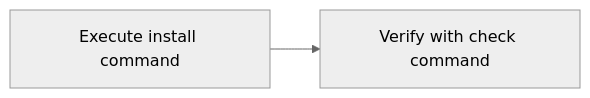
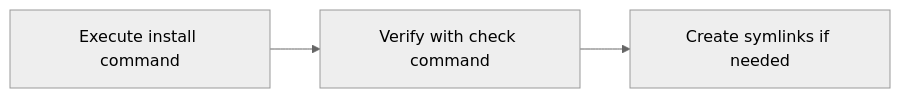
The fourth of 4 diagrams in docs/architecture.md (terassyi/tomei), drawn with Mermaid (neutral theme) before and after one commit. The commit also changed other lines of this file and 3 other files, not shown here.

````diff
--- a/docs/architecture.md
+++ b/docs/architecture.md
@@ -233,4 +233,4 @@
 ```mermaid
 flowchart LR
-    A[Execute install command] --> B[Verify with check command]
+    A[Execute install command] --> B[Verify with check command] --> C[Create symlinks if needed]
 ```
````
